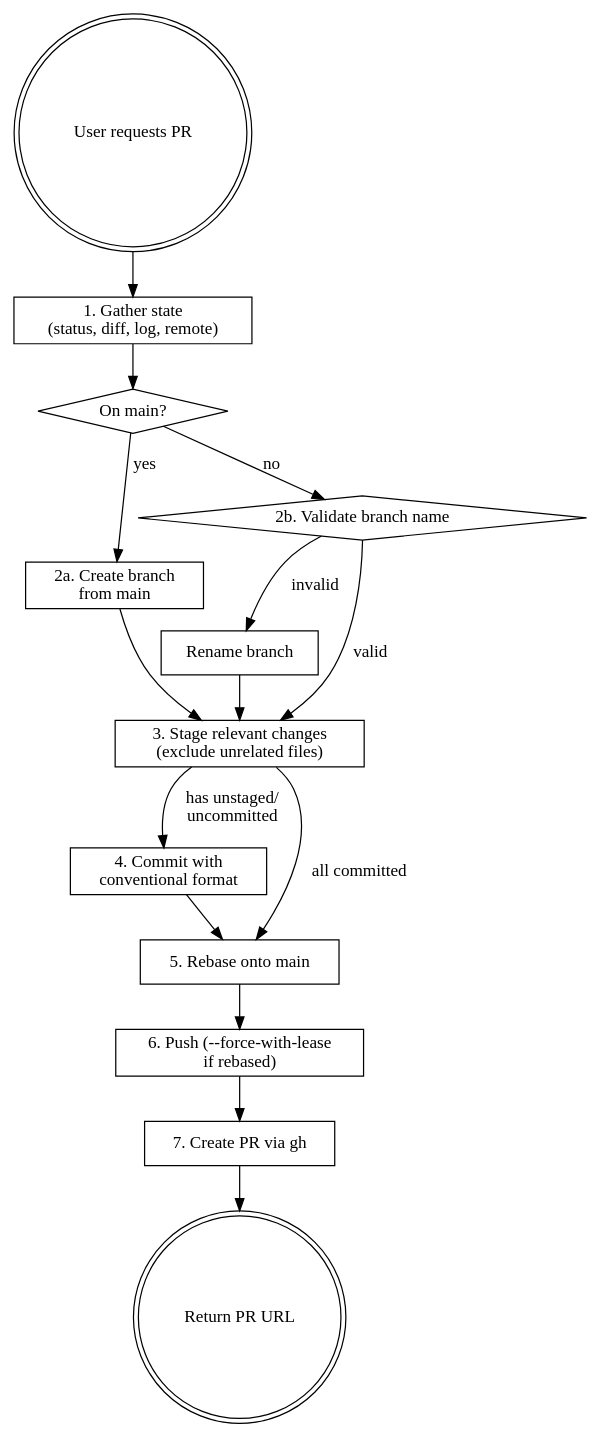
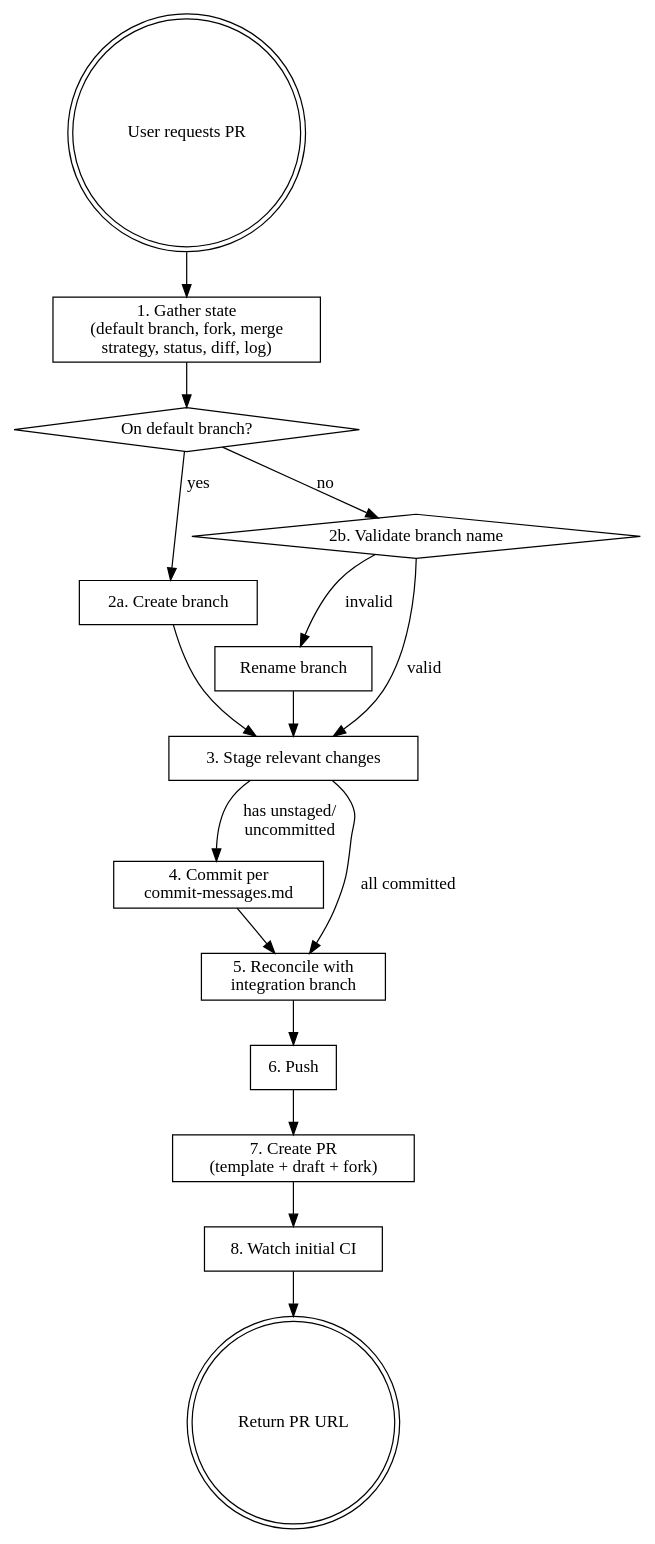
The diagram in claude/skills/github-pull-request/SKILL.md (agnlez/dotfiles), drawn with Graphviz before and after one commit. The commit also changed other lines of this file and 1 other file, not shown here.

````diff
--- a/claude/skills/github-pull-request/SKILL.md
+++ b/claude/skills/github-pull-request/SKILL.md
@@ -16,34 +16,36 @@
 ```dot
 digraph pr_flow {
   rankdir=TB;
   node [shape=box];
 
   start [label="User requests PR" shape=doublecircle];
-  gather [label="1. Gather state\n(status, diff, log, remote)"];
-  on_main [label="On main?" shape=diamond];
-  create_branch [label="2a. Create branch\nfrom main"];
+  gather [label="1. Gather state\n(default branch, fork, merge\nstrategy, status, diff, log)"];
+  on_default [label="On default branch?" shape=diamond];
+  create_branch [label="2a. Create branch"];
   check_name [label="2b. Validate branch name" shape=diamond];
   rename [label="Rename branch"];
-  stage [label="3. Stage relevant changes\n(exclude unrelated files)"];
-  commit [label="4. Commit with\nconventional format"];
-  rebase [label="5. Rebase onto main"];
-  push [label="6. Push (--force-with-lease\nif rebased)"];
-  create_pr [label="7. Create PR via gh"];
+  stage [label="3. Stage relevant changes"];
+  commit [label="4. Commit per\ncommit-messages.md"];
+  reconcile [label="5. Reconcile with\nintegration branch"];
+  push [label="6. Push"];
+  create_pr [label="7. Create PR\n(template + draft + fork)"];
+  watch_ci [label="8. Watch initial CI"];
   done [label="Return PR URL" shape=doublecircle];
 
   start -> gather;
-  gather -> on_main;
-  on_main -> create_branch [label="yes"];
-  on_main -> check_name [label="no"];
+  gather -> on_default;
+  on_default -> create_branch [label="yes"];
+  on_default -> check_name [label="no"];
   create_branch -> stage;
   check_name -> rename [label="invalid"];
   check_name -> stage [label="valid"];
   rename -> stage;
   stage -> commit [label="has unstaged/\nuncommitted"];
-  stage -> rebase [label="all committed"];
-  commit -> rebase;
-  rebase -> push;
+  stage -> reconcile [label="all committed"];
+  commit -> reconcile;
+  reconcile -> push;
   push -> create_pr;
-  create_pr -> done;
+  create_pr -> watch_ci;
+  watch_ci -> done;
 }
 ```
````
